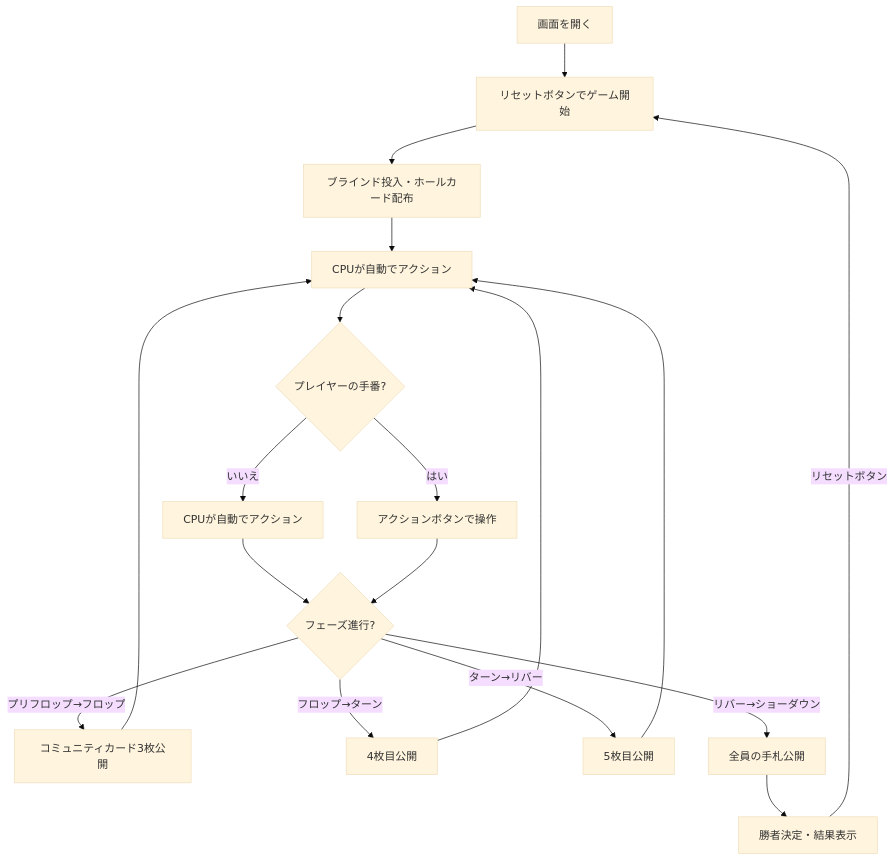
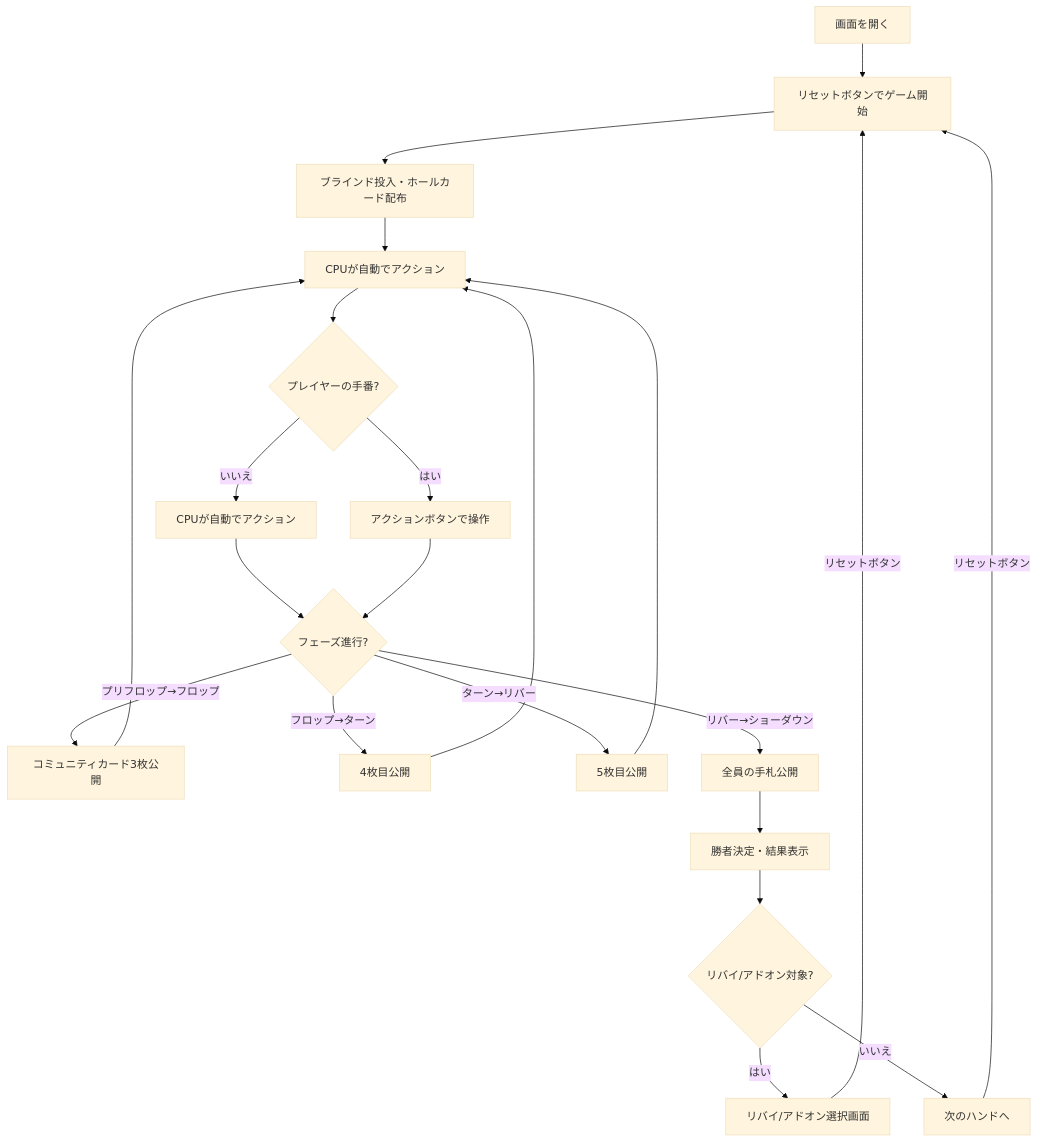
The diagram in docs/manual/web/holdem.md (yuta-yoshinaga/go_trumpcards), drawn with Mermaid (base theme) before and after one commit. The commit also changed other lines of this file and 31 other files, not shown here.

````diff
--- a/docs/manual/web/holdem.md
+++ b/docs/manual/web/holdem.md
@@ -76,20 +77,24 @@
 ```mermaid
 flowchart TD
     A[画面を開く] --> B[リセットボタンでゲーム開始]
     B --> C[ブラインド投入・ホールカード配布]
     C --> D[CPUが自動でアクション]
     D --> E{プレイヤーの手番?}
     E -->|はい| F[アクションボタンで操作]
     E -->|いいえ| G[CPUが自動でアクション]
     G --> H{フェーズ進行?}
     F --> H
     H -->|プリフロップ→フロップ| I[コミュニティカード3枚公開]
     H -->|フロップ→ターン| J[4枚目公開]
     H -->|ターン→リバー| K[5枚目公開]
     H -->|リバー→ショーダウン| L[全員の手札公開]
     I --> D
     J --> D
     K --> D
     L --> M[勝者決定・結果表示]
-    M -->|リセットボタン| B
+    M --> N2{リバイ/アドオン対象?}
+    N2 -->|はい| O2[リバイ/アドオン選択画面]
+    O2 -->|リセットボタン| B
+    N2 -->|いいえ| P2[次のハンドへ]
+    P2 -->|リセットボタン| B
 ```
````
